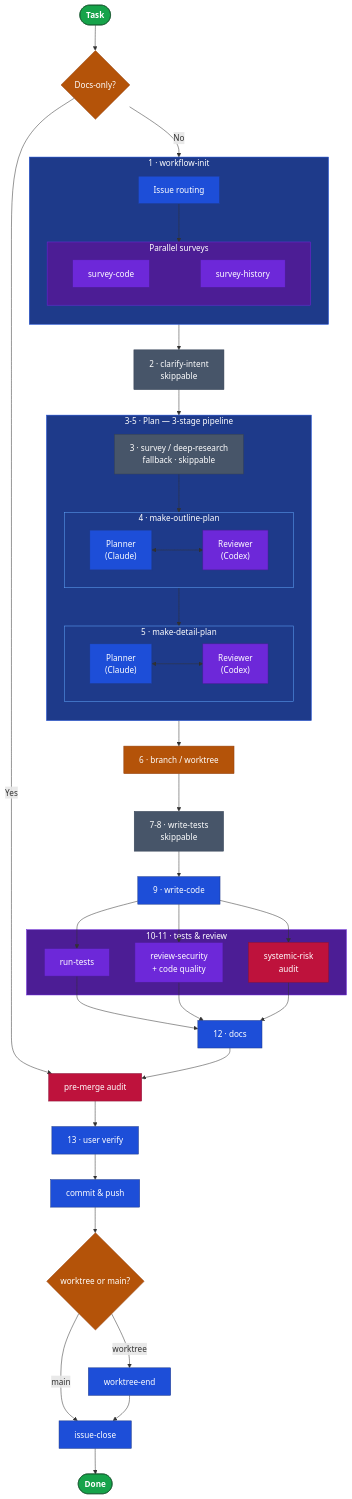
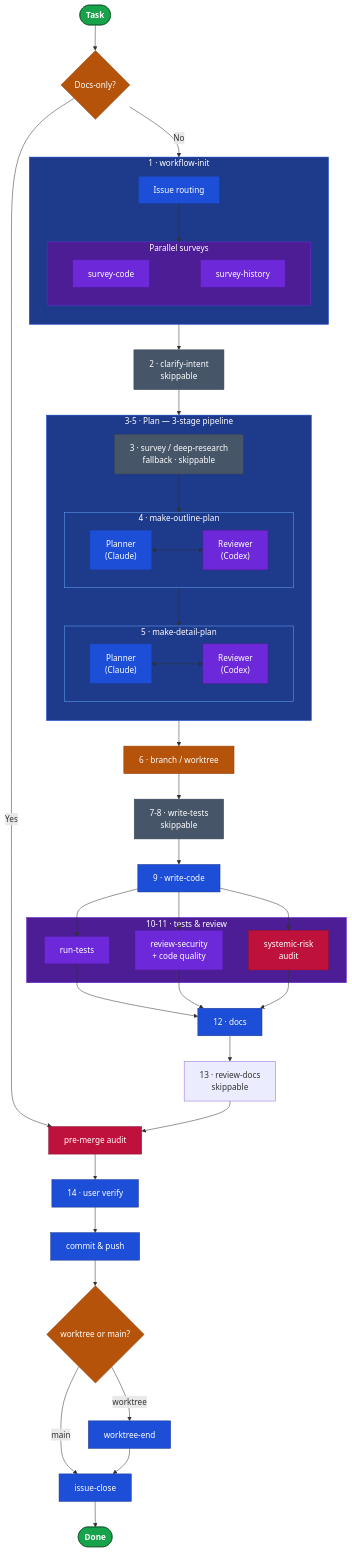
Before and after one commit to nirecom/agents: the diagram in README.md, drawn with Mermaid. The commit also changed other lines of this file and 39 other files, not shown here.

````diff
--- a/README.md
+++ b/README.md
@@ -33,77 +33,78 @@
 ```mermaid
 flowchart TD
     classDef terminal  fill:#16a34a,stroke:#14532d,color:#fff,font-weight:bold
     classDef decision  fill:#b45309,stroke:#92400e,color:#fff
     classDef audit     fill:#be123c,stroke:#881337,color:#fff
     classDef skippable fill:#475569,stroke:#334155,color:#fff
     classDef parallel  fill:#6d28d9,stroke:#4c1d95,color:#fff
     classDef required  fill:#1d4ed8,stroke:#1e3a8a,color:#fff
 
     Task([Task]) --> Doc{Docs-only?}
     Doc -- Yes --> Gate
     Doc -- No  --> S0_sg
 
     subgraph S0_sg["1 · workflow-init"]
         direction TB
         S0_R["Issue routing"]
         subgraph S0_surv["Parallel surveys"]
             direction LR
             S0_SC["survey-code"] ~~~ S0_SH["survey-history"]
         end
         S0_R --> S0_surv
     end
 
     S0_sg --> S1["2 · clarify-intent<br/>skippable"]
     S1 --> P2a
 
     subgraph Plan["3-5 · Plan  —  3-stage pipeline"]
         direction TB
         P2a["3 · survey / deep-research<br/>fallback · skippable"] --> P2b_sg
         subgraph P2b_sg["4 · make-outline-plan"]
             direction LR
             P2b_L["Planner<br/>(Claude)"] <--> P2b_R["Reviewer<br/>(Codex)"]
         end
         P2b_sg --> P2c_sg
         subgraph P2c_sg["5 · make-detail-plan"]
             direction LR
             P2c_L["Planner<br/>(Claude)"] <--> P2c_R["Reviewer<br/>(Codex)"]
         end
     end
 
     Plan --> S3["6 · branch / worktree"]
     S3 --> S4["7-8 · write-tests<br/>skippable"]
     S4 --> S5["9 · write-code"]
 
     S5 --> S6a & S6b & SR
 
     subgraph Review["10-11 · tests & review"]
         S6a["run-tests"]
         S6b["review-security<br/>+ code quality"]
         SR["systemic-risk<br/>audit"]
     end
 
     S6a & S6b & SR --> S7["12 · docs"]
-    S7 --> Gate["pre-merge audit"]
-    Gate --> UV["13 · user verify"]
+    S7 --> S7d["13 · review-docs<br/>skippable"]
+    S7d --> Gate["pre-merge audit"]
+    Gate --> UV["14 · user verify"]
     UV --> Push["commit & push"]
 
     Push --> Clean{worktree or main?}
     Clean -- worktree --> WE["worktree-end"]
     Clean -- main     --> IC["issue-close"]
     WE --> IC
     IC --> Done([Done])
 
     style S0_sg  fill:#1e3a8a,stroke:#1d4ed8,color:#fff
     style S0_surv fill:#4c1d95,stroke:#6d28d9,color:#fff
     style Plan   fill:#1e3a8a,stroke:#1d4ed8,color:#fff
     style P2b_sg fill:#1e3a8a,stroke:#60a5fa,color:#fff
     style P2c_sg fill:#1e3a8a,stroke:#60a5fa,color:#fff
     style Review fill:#4c1d95,stroke:#6d28d9,color:#fff
 
     class Task,Done terminal
     class Doc,Clean,S3 decision
     class Gate,SR audit
     class S1,P2a,S4 skippable
     class S0_SC,S0_SH,P2b_R,P2c_R,S6a,S6b parallel
     class S0_R,P2b_L,P2c_L,S5,S7,UV,Push,WE,IC required
 ```
````
